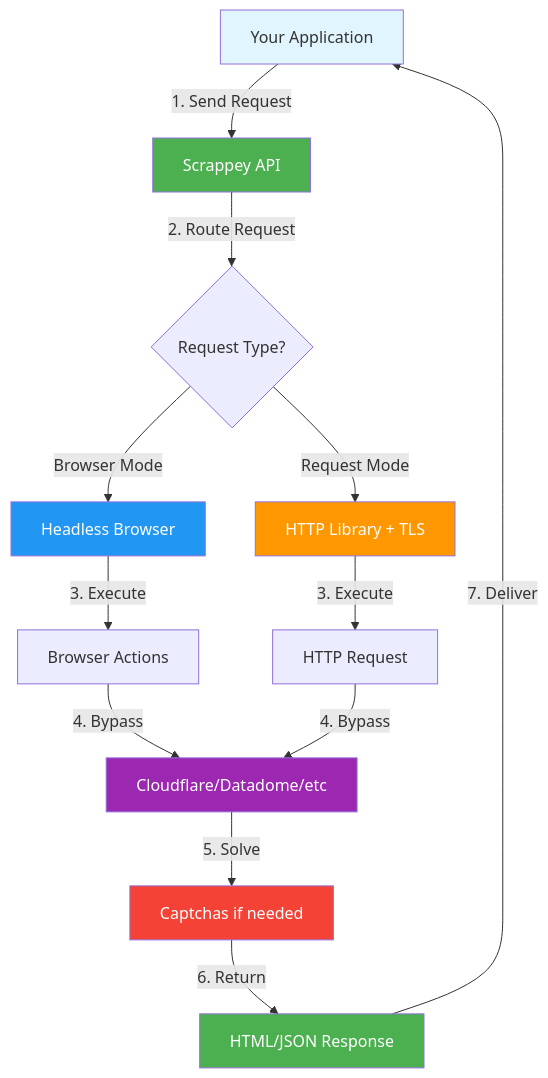
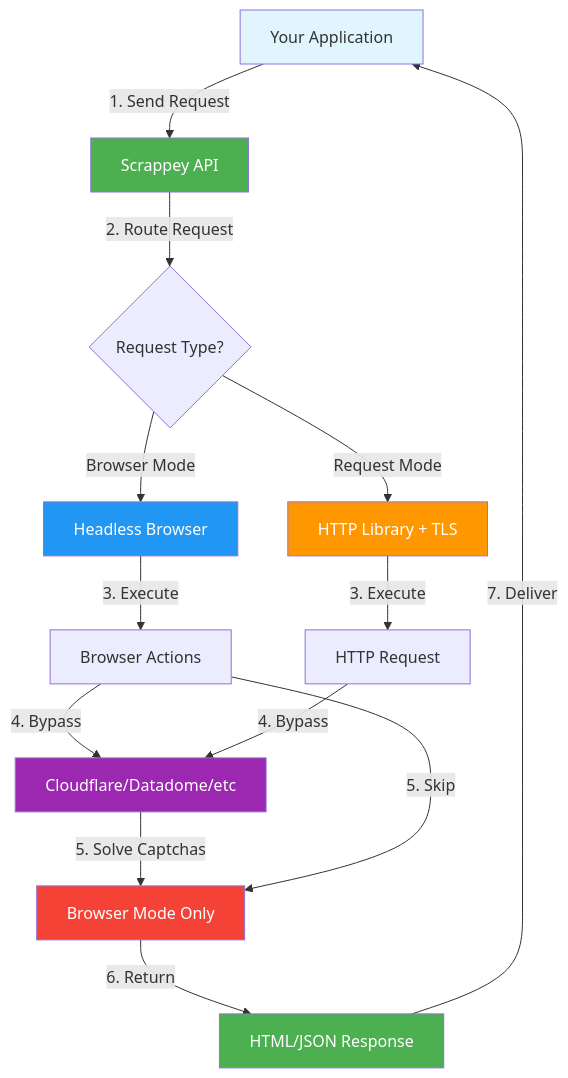
Before and after one commit to pim97/scrappey-wrapper-python: the diagram in README.md, drawn with Mermaid. The commit also changed other lines of this file, not shown here.

First line of the commit message:
Clarify captcha solving only works in browser mode

````diff
--- a/README.md
+++ b/README.md
@@ -42,22 +42,23 @@
 ```mermaid
 graph TB
     A[Your Application] -->|1. Send Request| B[Scrappey API]
     B -->|2. Route Request| C{Request Type?}
     C -->|Browser Mode| D[Headless Browser]
     C -->|Request Mode| E[HTTP Library + TLS]
     D -->|3. Execute| F[Browser Actions]
     E -->|3. Execute| G[HTTP Request]
     F -->|4. Bypass| H[Cloudflare/Datadome/etc]
     G -->|4. Bypass| H
-    H -->|5. Solve| I[Captchas if needed]
+    H -->|5. Solve Captchas| I[Browser Mode Only]
+    F -->|5. Skip| I
     I -->|6. Return| J[HTML/JSON Response]
     J -->|7. Deliver| A
     
     style A fill:#e1f5ff
     style B fill:#4CAF50,color:#fff
     style D fill:#2196F3,color:#fff
     style E fill:#FF9800,color:#fff
     style H fill:#9C27B0,color:#fff
     style I fill:#F44336,color:#fff
     style J fill:#4CAF50,color:#fff
 ```
````
